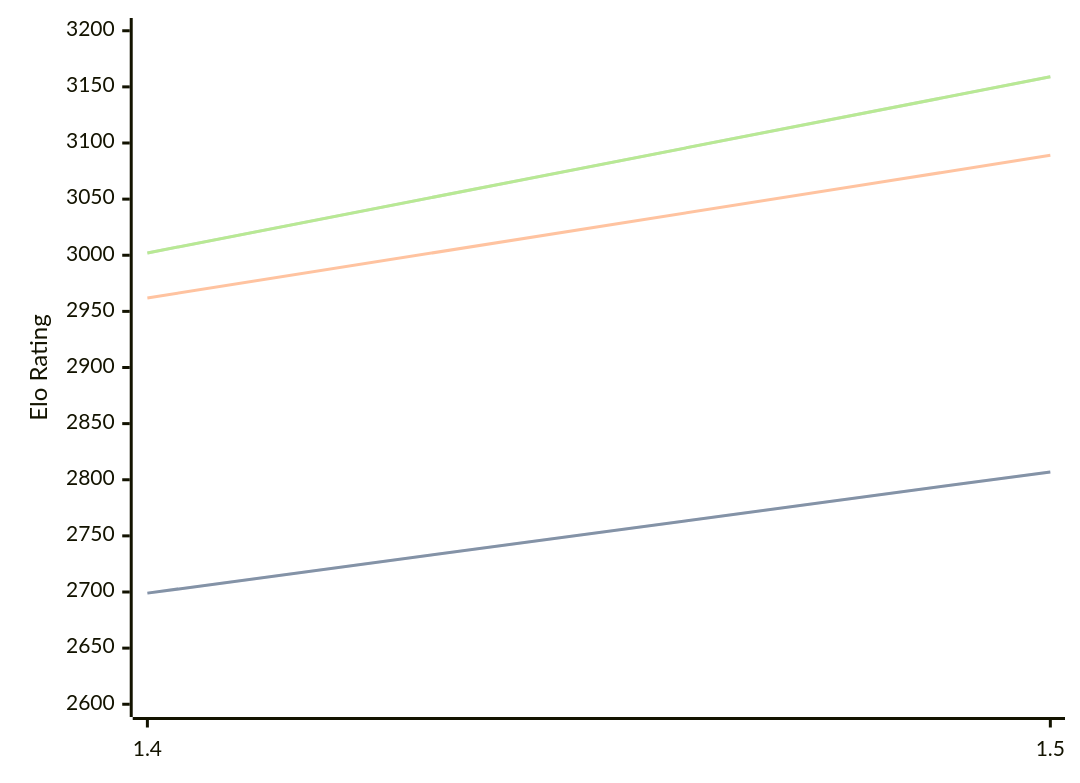
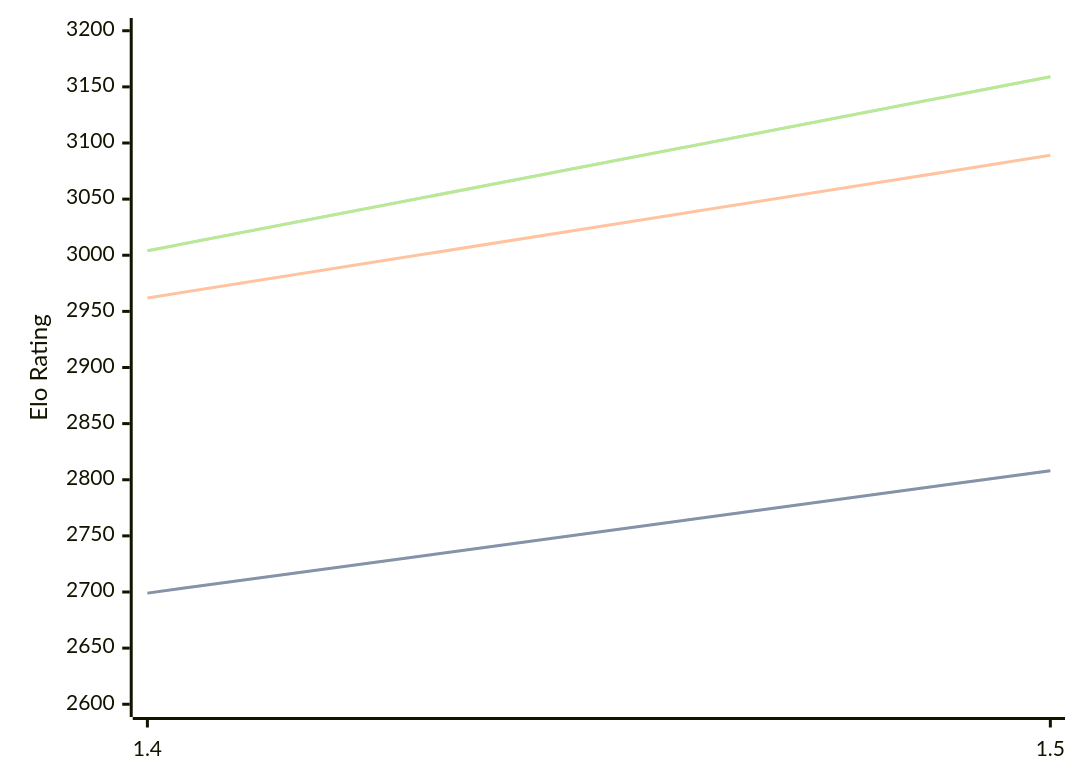
Before and after one commit to computer-chess-index/cci: the diagram in engines/Yakka.md, drawn with Mermaid. The commit also changed other lines of this file, not shown here.

Commit message:
Update CCI Ratings (ELO VLTC) - 2026-02-21

````diff
--- a/engines/Yakka.md
+++ b/engines/Yakka.md
@@ -33,11 +33,11 @@
 ```mermaid
 %%{init: {"theme":"base","themeVariables":{"seriesColors:['#a3a3a3','#222221','#faa371']}}}%%
 xychart-beta
   x-axis ["1.4", "1.5"]
   y-axis "Elo Rating" 2600 --> 3200
-  line "STC (8.0+0.08s)" [2699, 2807]
-  line "STC (8.0+0.08s)" [2699, 2807]
+  line "STC (8.0+0.08s)" [2699, 2808]
+  line "STC (8.0+0.08s)" [2699, 2808]
   line "LTC (60.0+0.60s)" [2962, 3089]
-  line "VLTC (2m24s+1.12s)" [3002, 3159]
-  line "VLTC (2m24s+1.12s)" [3002, 3159]
+  line "VLTC (2m24s+1.12s)" [3004, 3159]
+  line "VLTC (2m24s+1.12s)" [3004, 3159]
 ```
````
